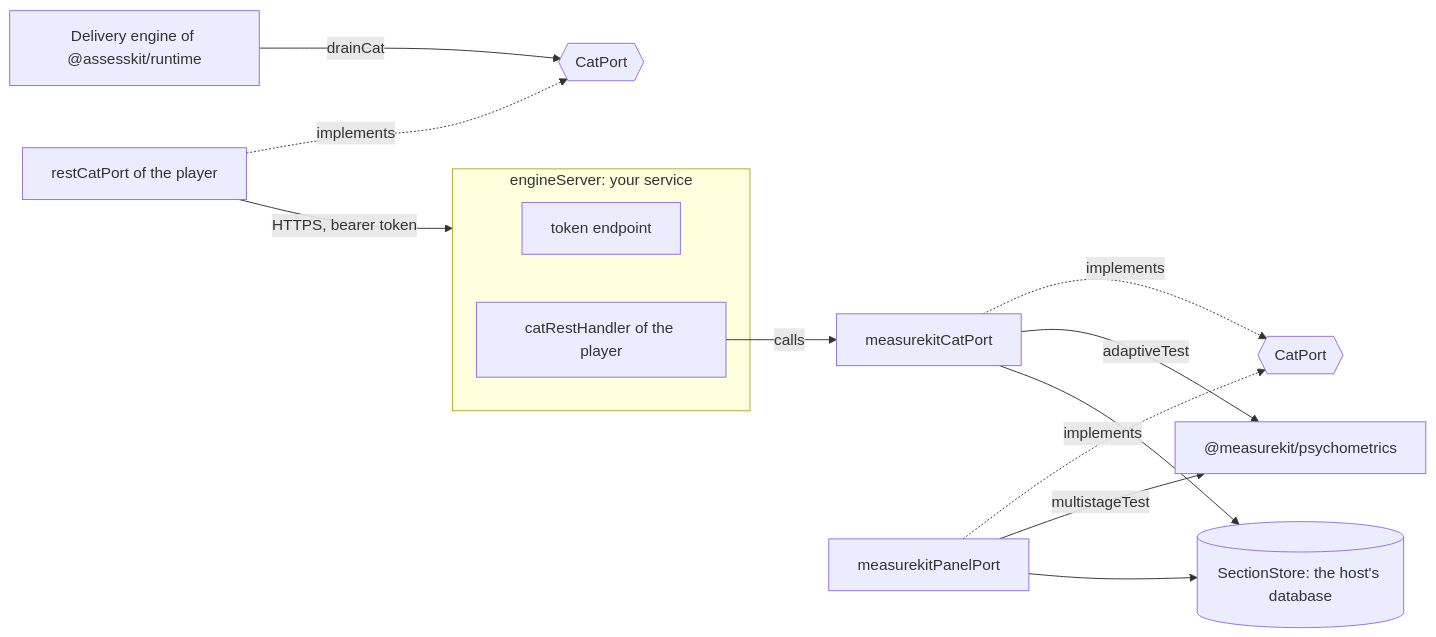
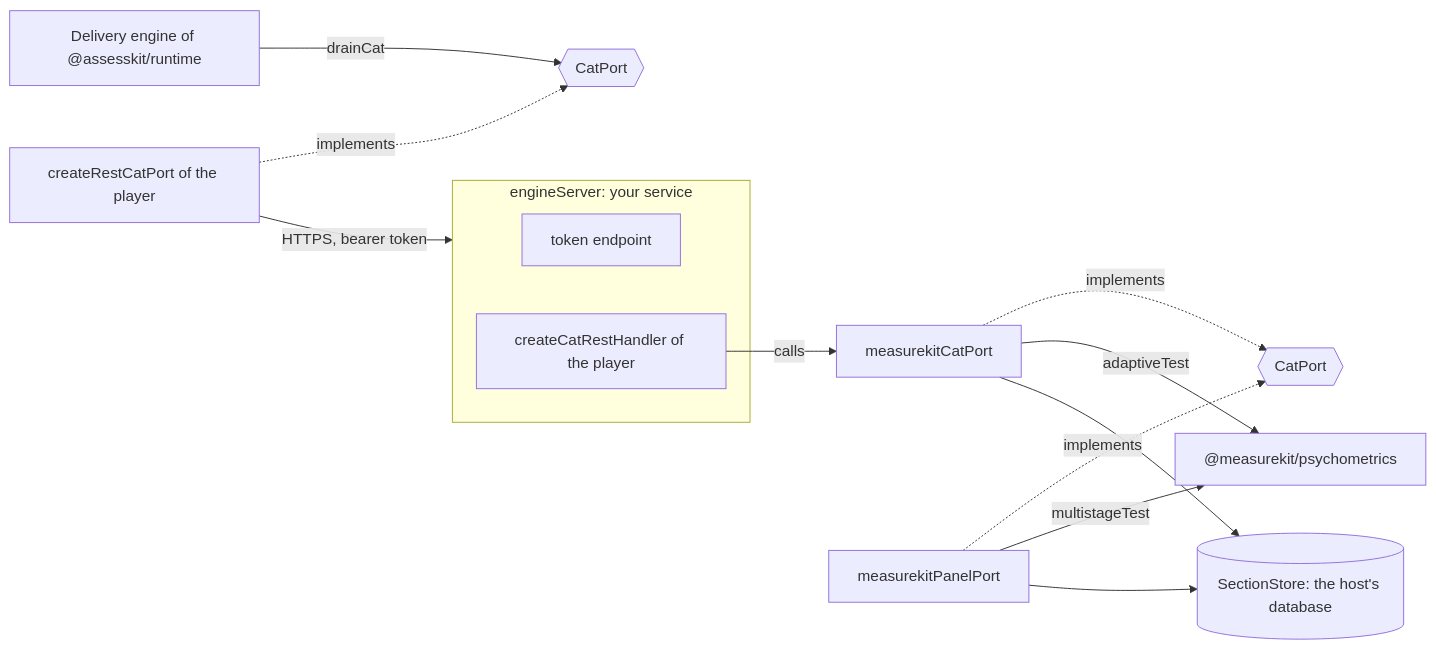
Before and after one commit to assesskit/assesskit: the diagram in examples/player/cat-with-measurekit/README.md, drawn with Mermaid. The commit also changed other lines of this file and 15 other files, not shown here.

Commit message:
Name the factories of cat-rest with a verb: createCatRestHandler and createRestCatPort

````diff
--- a/examples/player/cat-with-measurekit/README.md
+++ b/examples/player/cat-with-measurekit/README.md
@@ -8,17 +8,17 @@
 ```mermaid
 flowchart LR
   engine["Delivery engine of @assesskit/runtime"] -->|drainCat| port{{"CatPort"}}
-  client["restCatPort of the player"] -.->|implements| port
+  client["createRestCatPort of the player"] -.->|implements| port
   client -->|"HTTPS, bearer token"| server
   subgraph server["engineServer: your service"]
     token["token endpoint"]
-    handler["catRestHandler of the player"]
+    handler["createCatRestHandler of the player"]
   end
   handler -->|calls| cat
   cat["measurekitCatPort"] -.->|implements| enginePort{{"CatPort"}}
   panel["measurekitPanelPort"] -.->|implements| enginePort
   cat -->|"adaptiveTest"| mk["@measurekit/psychometrics"]
   panel -->|"multistageTest"| mk
   cat --> store[("SectionStore: the host's database")]
   panel --> store
 ```
````
